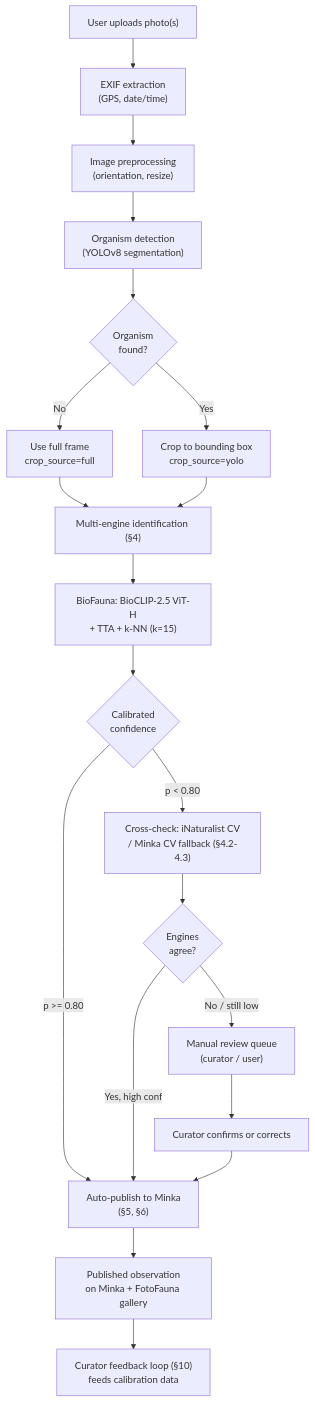
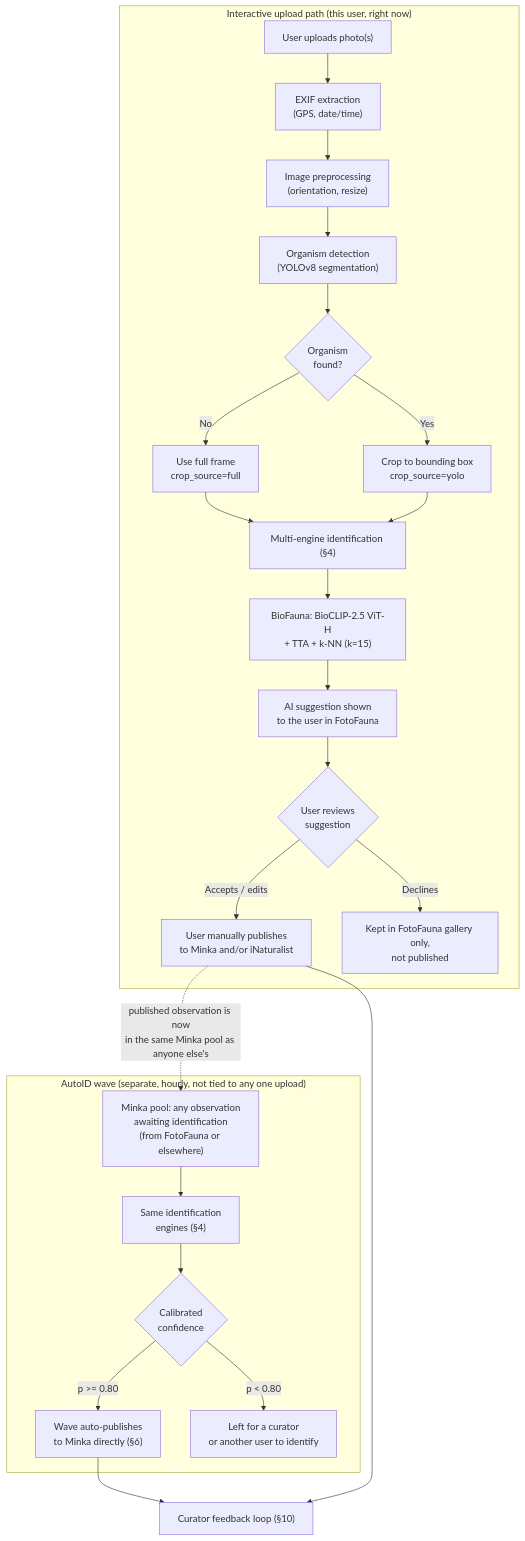
Before and after one commit to yespi/fotofauna: the first of 4 diagrams in paper/fotofauna_paper.md, drawn with Mermaid. The commit also changed other lines of this file, not shown here.

First line of the commit message:
docs: restructure paper as first-version narrative, add diagrams, fix AutoID flow bug

````diff
--- a/paper/fotofauna_paper.md
+++ b/paper/fotofauna_paper.md
@@ -47,22 +47,29 @@
 ```mermaid
 flowchart TD
-    A["User uploads photo(s)"] --> B["EXIF extraction\n(GPS, date/time)"]
-    B --> C["Image preprocessing\n(orientation, resize)"]
-    C --> D["Organism detection\n(YOLOv8 segmentation)"]
-    D --> E{"Organism\nfound?"}
-    E -- "No" --> F["Use full frame\ncrop_source=full"]
-    E -- "Yes" --> G["Crop to bounding box\ncrop_source=yolo"]
-    F --> H["Multi-engine identification (§4)"]
-    G --> H
-    H --> H1["BioFauna: BioCLIP-2.5 ViT-H\n+ TTA + k-NN (k=15)"]
-    H1 --> I{"Calibrated\nconfidence"}
-    I -- "p >= 0.80" --> J["Auto-publish to Minka\n(§5, §6)"]
-    I -- "p < 0.80" --> K["Cross-check: iNaturalist CV\n/ Minka CV fallback (§4.2-4.3)"]
-    K --> L{"Engines\nagree?"}
-    L -- "Yes, high conf" --> J
-    L -- "No / still low" --> M["Manual review queue\n(curator / user)"]
-    M --> N["Curator confirms or corrects"]
-    N --> J
-    J --> O["Published observation\non Minka + FotoFauna gallery"]
-    O --> P["Curator feedback loop (§10)\nfeeds calibration data"]
+    subgraph U["Interactive upload path (this user, right now)"]
+        A["User uploads photo(s)"] --> B["EXIF extraction\n(GPS, date/time)"]
+        B --> C["Image preprocessing\n(orientation, resize)"]
+        C --> D["Organism detection\n(YOLOv8 segmentation)"]
+        D --> E{"Organism\nfound?"}
+        E -- "No" --> F["Use full frame\ncrop_source=full"]
+        E -- "Yes" --> G["Crop to bounding box\ncrop_source=yolo"]
+        F --> H["Multi-engine identification (§4)"]
+        G --> H
+        H --> H1["BioFauna: BioCLIP-2.5 ViT-H\n+ TTA + k-NN (k=15)"]
+        H1 --> S["AI suggestion shown\nto the user in FotoFauna"]
+        S --> T{"User reviews\nsuggestion"}
+        T -- "Accepts / edits" --> V["User manually publishes\nto Minka and/or iNaturalist"]
+        T -- "Declines" --> W["Kept in FotoFauna gallery only,\nnot published"]
+    end
+
+    subgraph WV["AutoID wave (separate, hourly, not tied to any one upload)"]
+        M["Minka pool: any observation\nawaiting identification\n(from FotoFauna or elsewhere)"] --> N["Same identification\nengines (§4)"]
+        N --> I{"Calibrated\nconfidence"}
+        I -- "p >= 0.80" --> J["Wave auto-publishes\nto Minka directly (§6)"]
+        I -- "p < 0.80" --> K["Left for a curator\nor another user to identify"]
+    end
+
+    V -.->|"published observation is now\nin the same Minka pool as anyone else's"| M
+    J --> P["Curator feedback loop (§10)"]
+    V --> P
 ```
````
